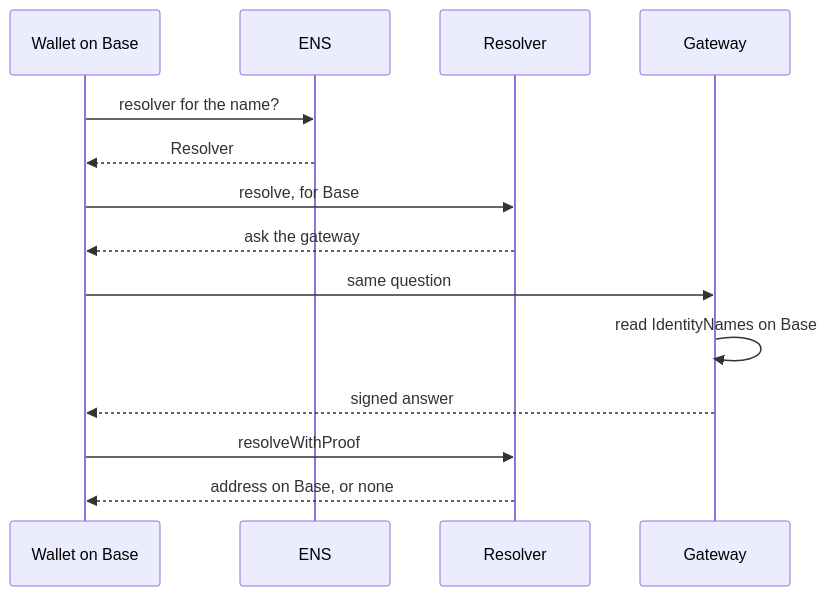
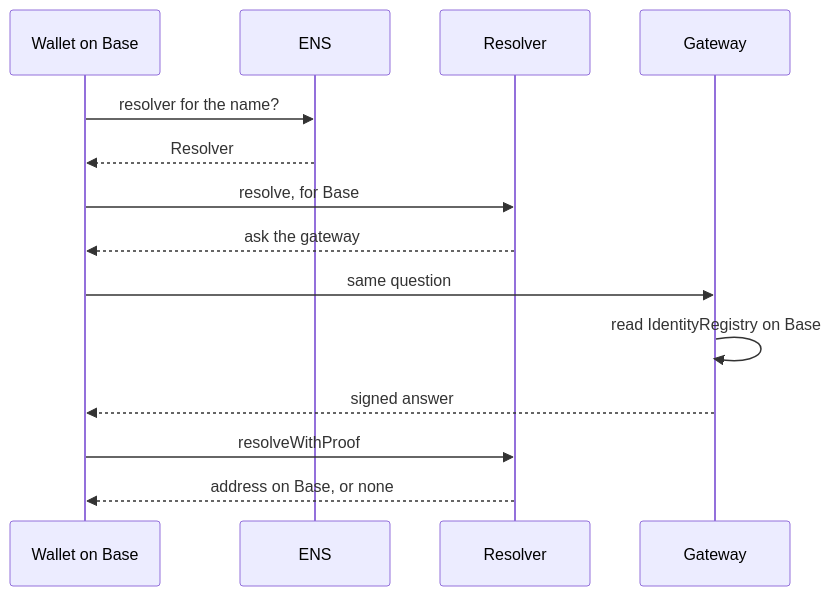
One commit to libid-org/libID changed the diagram in docs/pages/ens/how-it-works.md. Above: the diagram before and after it, drawn with Mermaid. The commit also changed other lines of this file and 31 other files, not shown here.

````diff
--- a/docs/pages/ens/how-it-works.md
+++ b/docs/pages/ens/how-it-works.md
@@ -14,16 +14,16 @@
 ```mermaid
 sequenceDiagram
   participant W as Wallet on Base
   participant E as ENS
   participant R as Resolver
   participant G as Gateway
   W->>E: resolver for the name?
   E-->>W: Resolver
   W->>R: resolve, for Base
   R-->>W: ask the gateway
   W->>G: same question
-  G->>G: read IdentityNames on Base
+  G->>G: read IdentityRegistry on Base
   G-->>W: signed answer
   W->>R: resolveWithProof
   R-->>W: address on Base, or none
 ```
````
